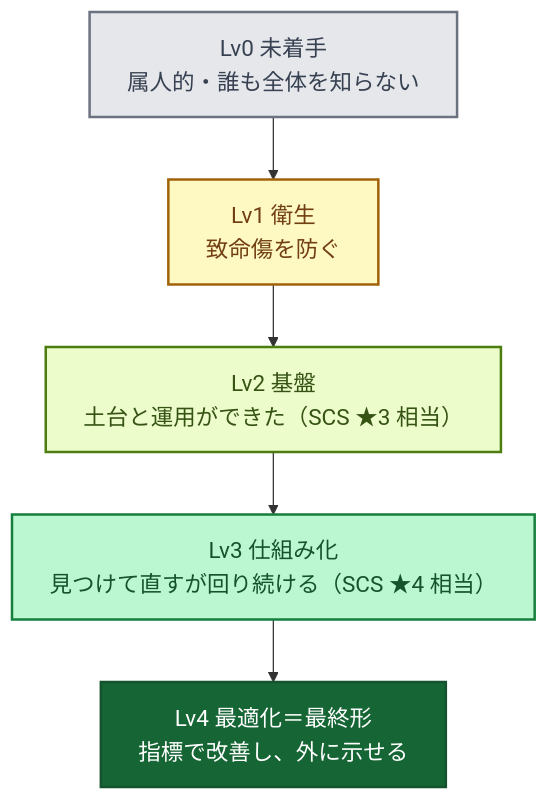
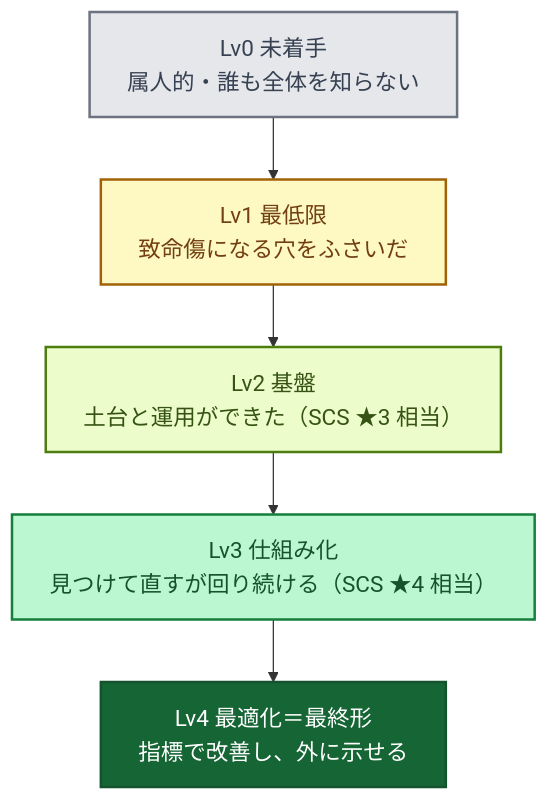
The first of 2 diagrams in books/security-roadmap-ja/01-intro.md (rkawajiri/zenn-content), drawn with Mermaid before and after one commit. The commit also changed other lines of this file and 10 other files, not shown here.

````diff
--- a/books/security-roadmap-ja/01-intro.md
+++ b/books/security-roadmap-ja/01-intro.md
@@ -62,15 +35,15 @@
 ```mermaid
 %%{init: {"themeVariables": {"fontSize": "18px"}, "flowchart": {"wrappingWidth": 400}}}%%
 flowchart TB
   L0["Lv0 未着手<br>属人的・誰も全体を知らない"]:::lv0
-  L1["Lv1 衛生<br>致命傷を防ぐ"]:::lv1
+  L1["Lv1 最低限<br>致命傷になる穴をふさいだ"]:::lv1
   L2["Lv2 基盤<br>土台と運用ができた（SCS ★3 相当）"]:::lv2
   L3["Lv3 仕組み化<br>見つけて直すが回り続ける（SCS ★4 相当）"]:::lv3
   L4["Lv4 最適化＝最終形<br>指標で改善し、外に示せる"]:::lv4
   L0 --> L1 --> L2 --> L3 --> L4
   classDef lv0 fill:#e5e7eb,stroke:#6b7280,color:#374151,stroke-width:2px
   classDef lv1 fill:#fef9c3,stroke:#a16207,color:#713f12,stroke-width:2px
   classDef lv2 fill:#ecfccb,stroke:#4d7c0f,color:#365314,stroke-width:2px
   classDef lv3 fill:#bbf7d0,stroke:#15803d,color:#14532d,stroke-width:2px
   classDef lv4 fill:#166534,stroke:#14532d,color:#ffffff,stroke-width:2px
 ```
````
